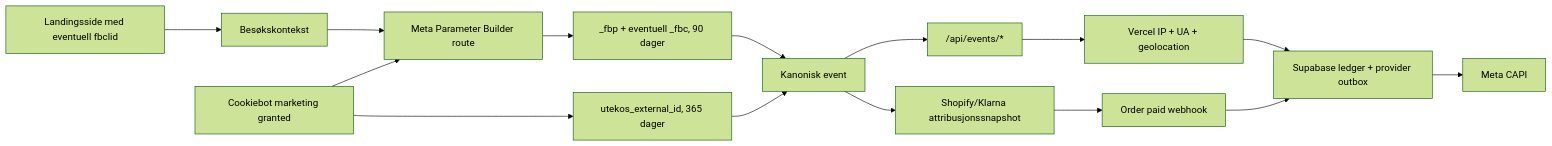
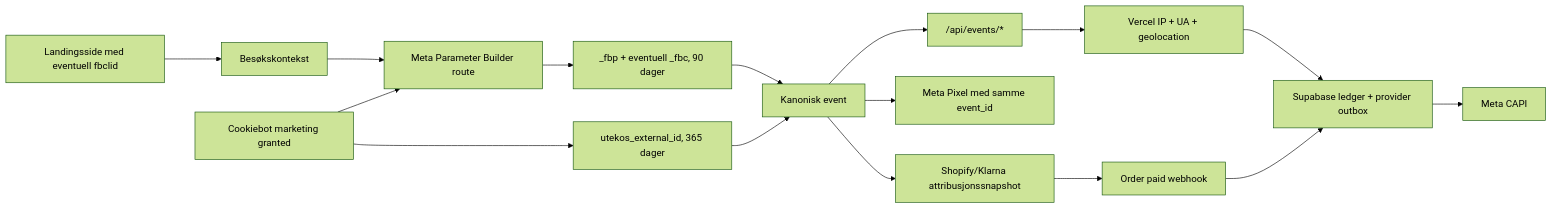
One commit to utekos-brand/utekos-headless changed the diagram in META_ATTRIBUTION_AUDIT_2026-07-18.md. Above: the diagram before and after it, drawn with Mermaid (forest theme). The commit also changed other lines of this file and 3 other files, not shown here.

Commit message:
Document verified Meta Pixel parity

````diff
--- a/META_ATTRIBUTION_AUDIT_2026-07-18.md
+++ b/META_ATTRIBUTION_AUDIT_2026-07-18.md
@@ -65,17 +76,18 @@
 ```mermaid
 flowchart LR
   landing["Landingsside med eventuell fbclid"] --> visit["Besøkskontekst"]
   consent["Cookiebot marketing granted"] --> builder["Meta Parameter Builder route"]
   visit --> builder
   builder --> cookies["_fbp + eventuell _fbc, 90 dager"]
   consent --> external["utekos_external_id, 365 dager"]
   cookies --> event["Kanonisk event"]
   external --> event
   event --> route["/api/events/*"]
   route --> trusted["Vercel IP + UA + geolocation"]
   trusted --> ledger["Supabase ledger + provider outbox"]
   ledger --> meta["Meta CAPI"]
+  event --> pixel["Meta Pixel med samme event_id"]
   event --> checkout["Shopify/Klarna attribusjonssnapshot"]
   checkout --> purchase["Order paid webhook"]
   purchase --> ledger
 ```
````
